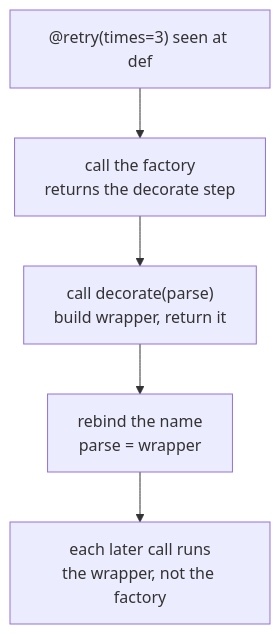
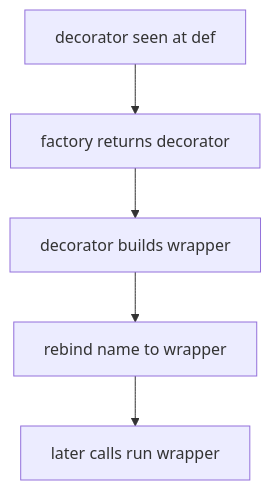
Before and after one commit to AslamNazeerShaikh/Python-Material: the second of 2 diagrams in docs/learning/05-decorators.md, drawn with Mermaid. The commit also changed other lines of this file and 16 other files, not shown here.

Commit message:
docs(learning): rebuild all mermaid in safe subset

````diff
--- a/docs/learning/05-decorators.md
+++ b/docs/learning/05-decorators.md
@@ -227,12 +227,12 @@
 ```mermaid
 flowchart TD
-    AT["@retry(times=3) seen at def"]
-    FACT["call the factory<br/>returns the decorate step"]
-    DEC["call decorate(parse)<br/>build wrapper, return it"]
-    REBIND["rebind the name<br/>parse = wrapper"]
-    PERCALL["each later call runs<br/>the wrapper, not the factory"]
+    AT[decorator seen at def]
+    FACT[factory returns decorator]
+    DEC[decorator builds wrapper]
+    REBIND[rebind name to wrapper]
+    PERCALL[later calls run wrapper]
     AT --> FACT
     FACT --> DEC
     DEC --> REBIND
     REBIND --> PERCALL
 ```
````
